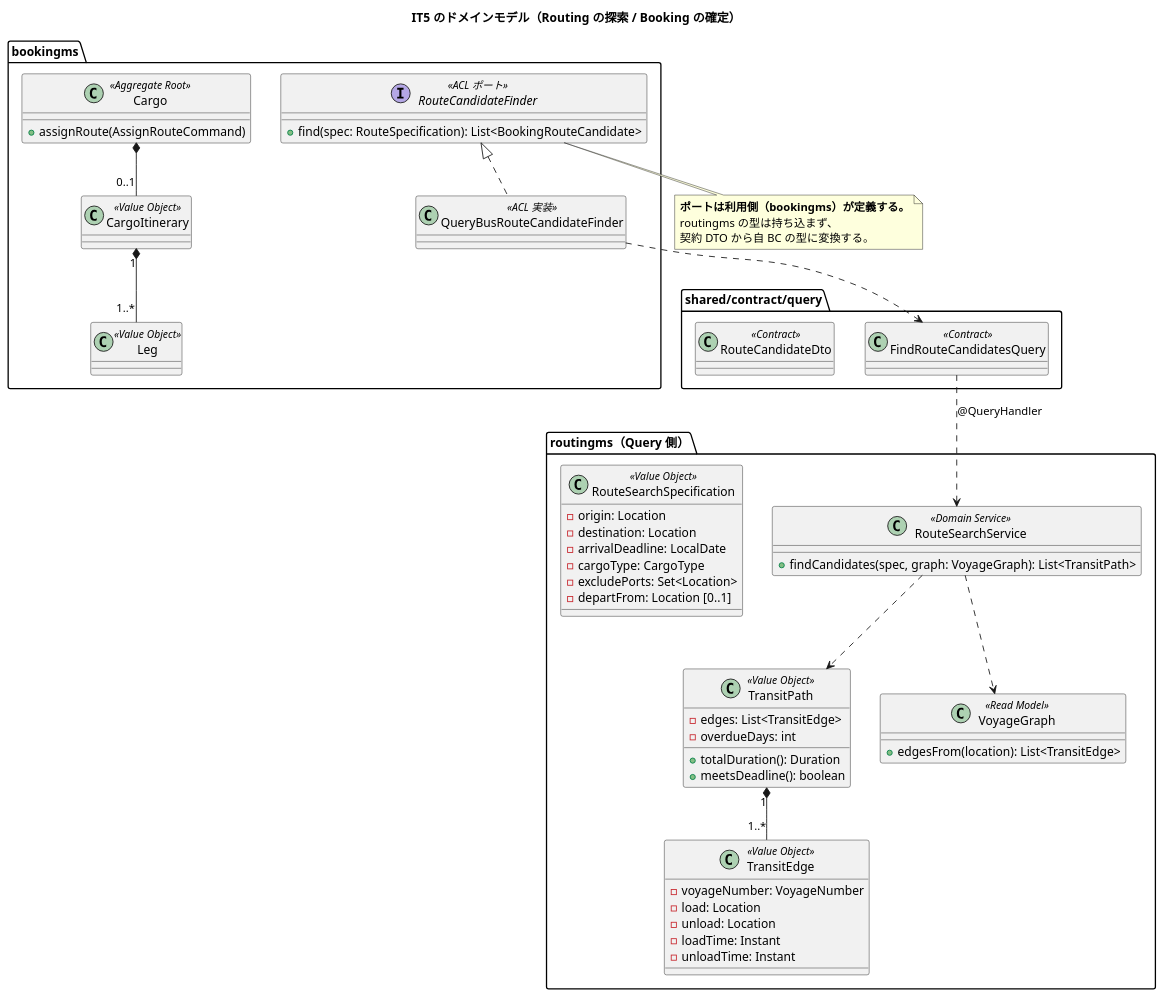
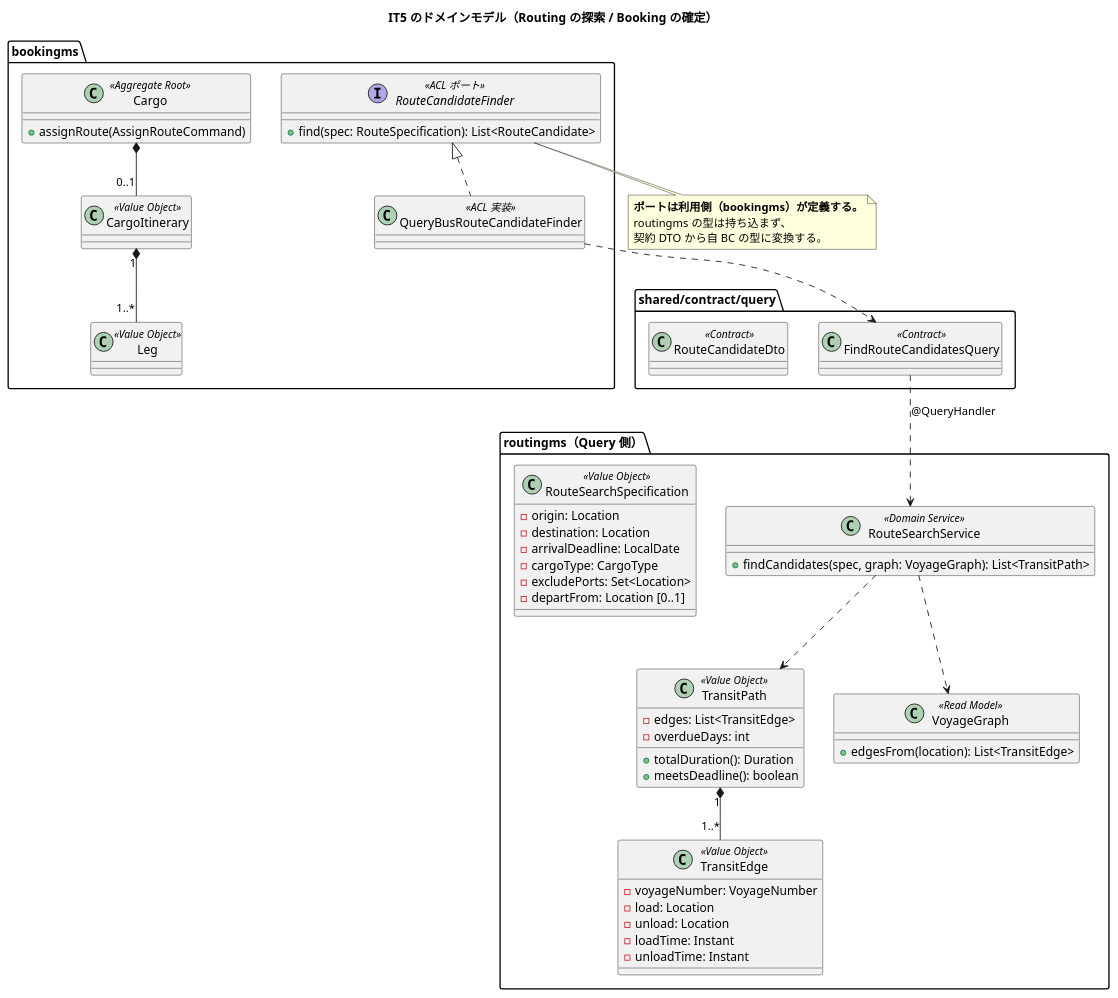
One commit to k2works/case-study-cargo-tracker changed the second of 5 diagrams in docs/development/cargo-tracker/iteration_plan-5.md. Above: the diagram before and after it, drawn with PlantUML. The commit also changed other lines of this file and 9 other files, not shown here.

````diff
--- a/docs/development/cargo-tracker/iteration_plan-5.md
+++ b/docs/development/cargo-tracker/iteration_plan-5.md
@@ -113,68 +116,68 @@
 ```plantuml
 @startuml
 title IT5 のドメインモデル（Routing の探索 / Booking の確定）
 
 package "routingms（Query 側）" {
   class RouteSearchService <<Domain Service>> {
     + findCandidates(spec, graph: VoyageGraph): List<TransitPath>
   }
   class RouteSearchSpecification <<Value Object>> {
     - origin: Location
     - destination: Location
     - arrivalDeadline: LocalDate
     - cargoType: CargoType
     - excludePorts: Set<Location>
     - departFrom: Location [0..1]
   }
   class TransitPath <<Value Object>> {
     - edges: List<TransitEdge>
     - overdueDays: int
     + totalDuration(): Duration
     + meetsDeadline(): boolean
   }
   class TransitEdge <<Value Object>> {
     - voyageNumber: VoyageNumber
     - load: Location
     - unload: Location
     - loadTime: Instant
     - unloadTime: Instant
   }
   class VoyageGraph <<Read Model>> {
     ' voyage / carrier_movement から組む
     + edgesFrom(location): List<TransitEdge>
   }
 }
 
 package "shared/contract/query" {
   class FindRouteCandidatesQuery <<Contract>>
   class RouteCandidateDto <<Contract>>
 }
 
 package "bookingms" {
   interface RouteCandidateFinder <<ACL ポート>> {
-    + find(spec: RouteSpecification): List<BookingRouteCandidate>
+    + find(spec: RouteSpecification): List<RouteCandidate>
   }
   class QueryBusRouteCandidateFinder <<ACL 実装>>
   class Cargo <<Aggregate Root>> {
     + assignRoute(AssignRouteCommand)
   }
   class CargoItinerary <<Value Object>>
   class Leg <<Value Object>>
 }
 
 RouteSearchService ..> VoyageGraph
 RouteSearchService ..> TransitPath
 TransitPath "1" *-- "1..*" TransitEdge
 FindRouteCandidatesQuery ..> RouteSearchService : @QueryHandler
 RouteCandidateFinder <|.. QueryBusRouteCandidateFinder
 QueryBusRouteCandidateFinder ..> FindRouteCandidatesQuery
 Cargo *-- "0..1" CargoItinerary
 CargoItinerary "1" *-- "1..*" Leg
 
 note bottom of RouteCandidateFinder
   **ポートは利用側（bookingms）が定義する。**
   routingms の型は持ち込まず、
   契約 DTO から自 BC の型に変換する。
 end note
 @enduml
 ```
````
